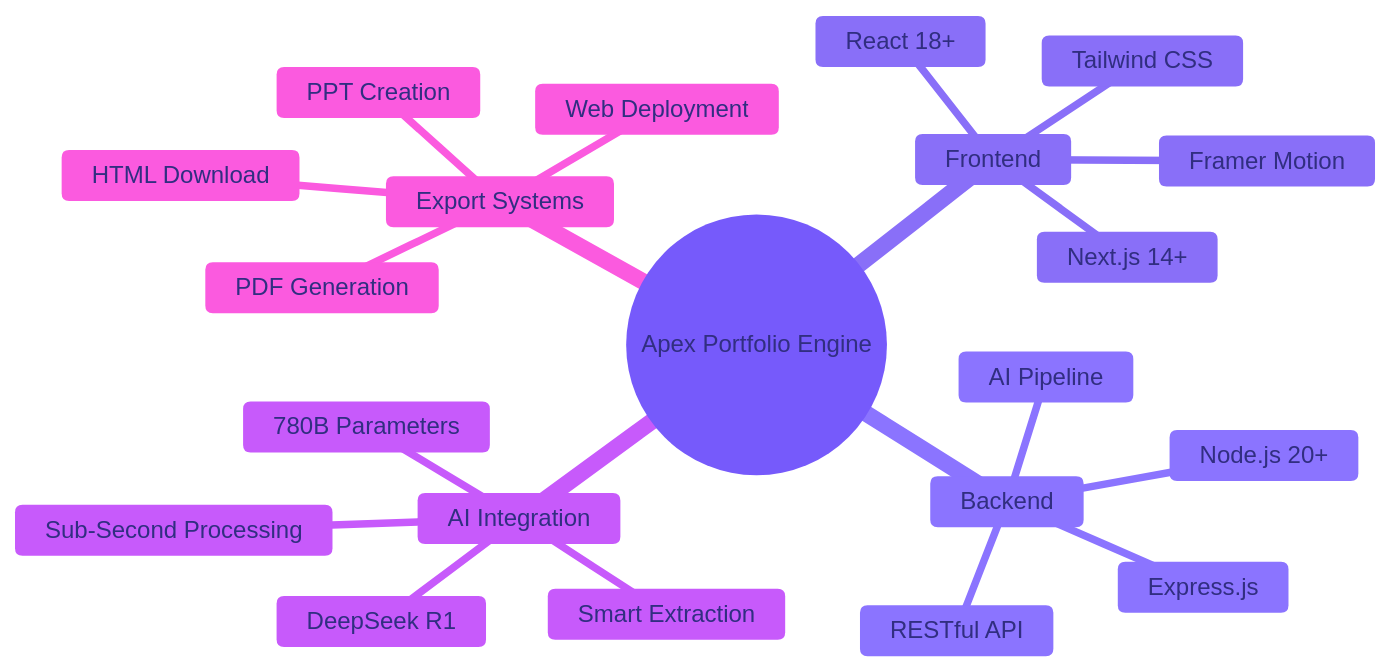
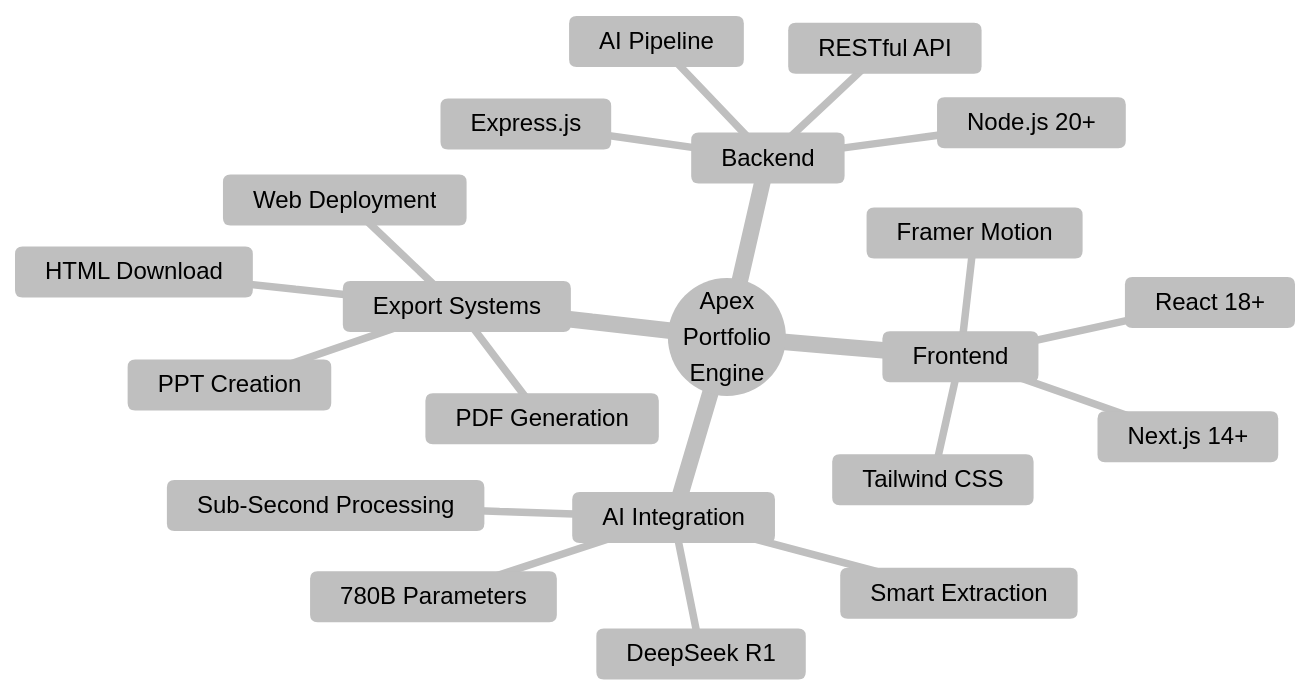
Before and after one commit to mananjani2102/apex-portfolio-engine: the diagram in README.md, drawn with Mermaid. The commit also changed other lines of this file, not shown here.

````diff
--- a/README.md
+++ b/README.md
@@ -287,35 +283,37 @@
 ```mermaid
 %%{init: {
   'theme':'base',
   'themeVariables': {
-    'primaryColor': '#ddd6fe',
-    'primaryTextColor': '#312e81',
-    'primaryBorderColor': '#4F46E5',
-    'lineColor': '#7c3aed',
-    'secondaryColor': '#ede9fe',
-    'tertiaryColor': '#f5f3ff'
+    'primaryColor': '#ffffff',
+    'primaryTextColor': '#000000',
+    'primaryBorderColor': '#000000',
+    'lineColor': '#000000',
+    'secondaryColor': '#ffffff',
+    'tertiaryColor': '#ffffff',
+    'nodeBkgColor': '#ffffff',
+    'nodeTextColor': '#000000'
   }
 }}%%
 mindmap
-  root((Apex Portfolio Engine))
+  root(("Apex<br/>Portfolio<br/>Engine"))
     Frontend
       React 18+
       Next.js 14+
       Tailwind CSS
       Framer Motion
     Backend
       Node.js 20+
       Express.js
       RESTful API
       AI Pipeline
     AI Integration
       DeepSeek R1
       780B Parameters
       Sub-Second Processing
       Smart Extraction
     Export Systems
       PDF Generation
       PPT Creation
       Web Deployment
       HTML Download
 ```
````
